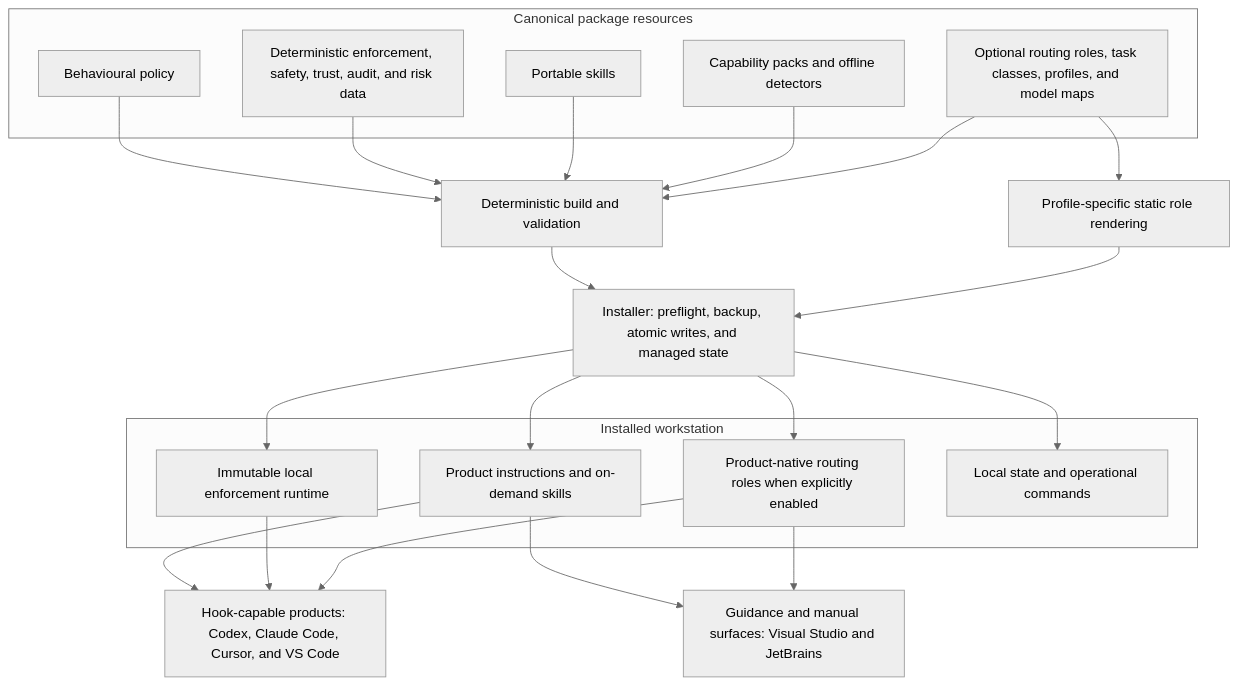
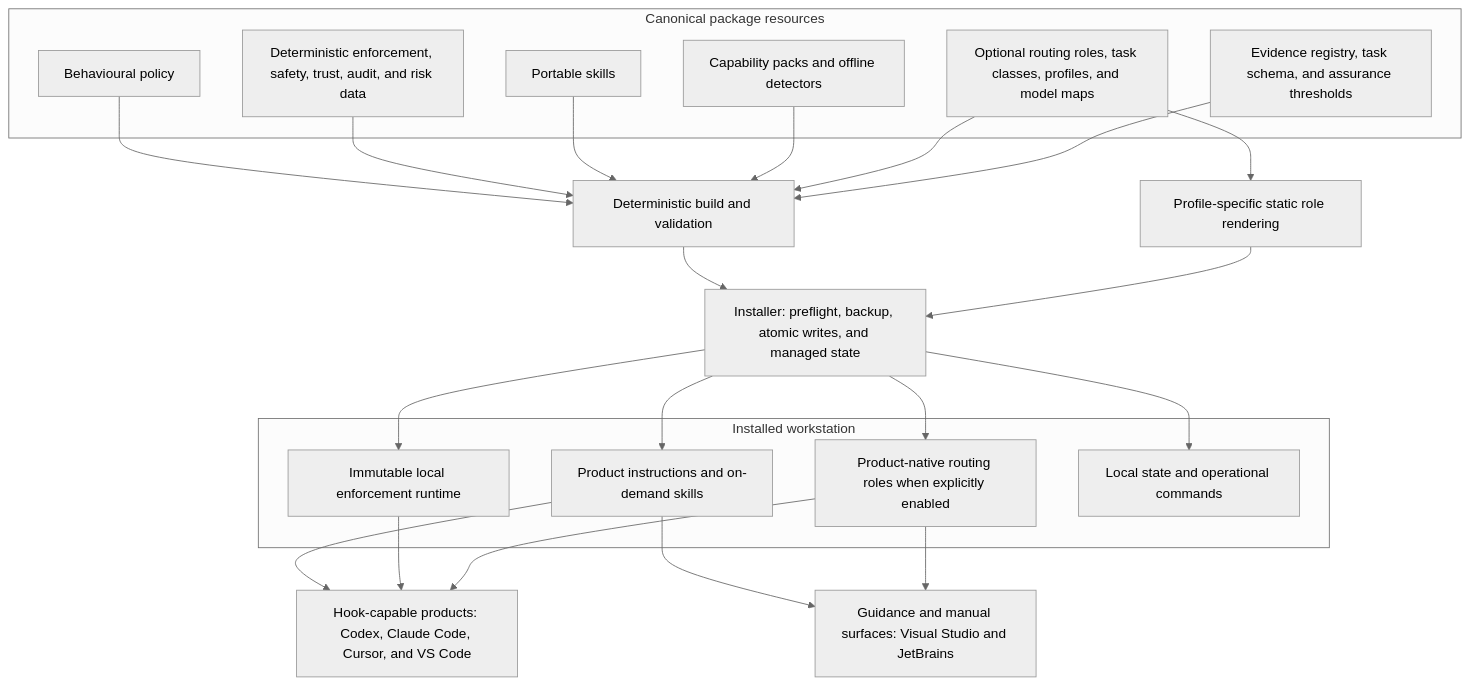
The second of 3 diagrams in docs/architecture.md (ZarrenSpryXplor/ai-engineering-guardrails), drawn with Mermaid (neutral theme) before and after one commit. The commit also changed other lines of this file and 152 other files, not shown here.

````diff
--- a/docs/architecture.md
+++ b/docs/architecture.md
@@ -22,42 +22,44 @@
 ```mermaid
 flowchart TB
     subgraph canonical["Canonical package resources"]
         policy["Behavioural policy"]
         controls["Deterministic enforcement, safety, trust, audit, and risk data"]
         skills["Portable skills"]
         packs["Capability packs and offline detectors"]
         routing["Optional routing roles, task classes, profiles, and model maps"]
+        evidence["Evidence registry, task schema, and assurance thresholds"]
     end
 
     build["Deterministic build and validation"]
     routeRender["Profile-specific static role rendering"]
     installer["Installer: preflight, backup, atomic writes, and managed state"]
 
     subgraph workstation["Installed workstation"]
         guidance["Product instructions and on-demand skills"]
         runtime["Immutable local enforcement runtime"]
         roles["Product-native routing roles when explicitly enabled"]
         state["Local state and operational commands"]
     end
 
     hookedProducts["Hook-capable products: Codex, Claude Code, Cursor, and VS Code"]
     guidanceProducts["Guidance and manual surfaces: Visual Studio and JetBrains"]
 
     policy --> build
     controls --> build
     skills --> build
     packs --> build
     routing --> build
+    evidence --> build
     routing --> routeRender
     build --> installer
     routeRender --> installer
     installer --> guidance
     installer --> runtime
     installer --> roles
     installer --> state
     guidance --> hookedProducts
     guidance --> guidanceProducts
     runtime --> hookedProducts
     roles --> hookedProducts
     roles --> guidanceProducts
 ```
````
